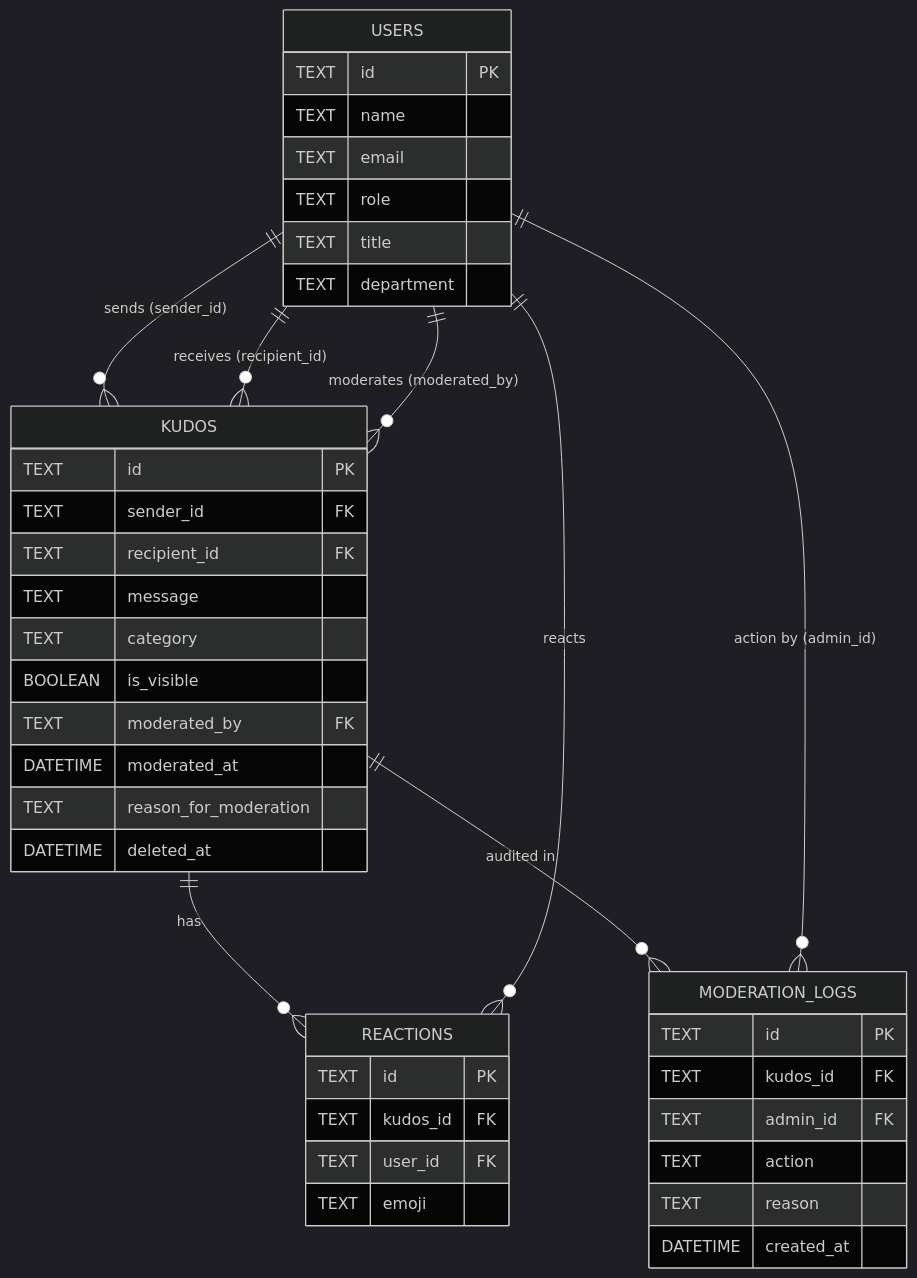
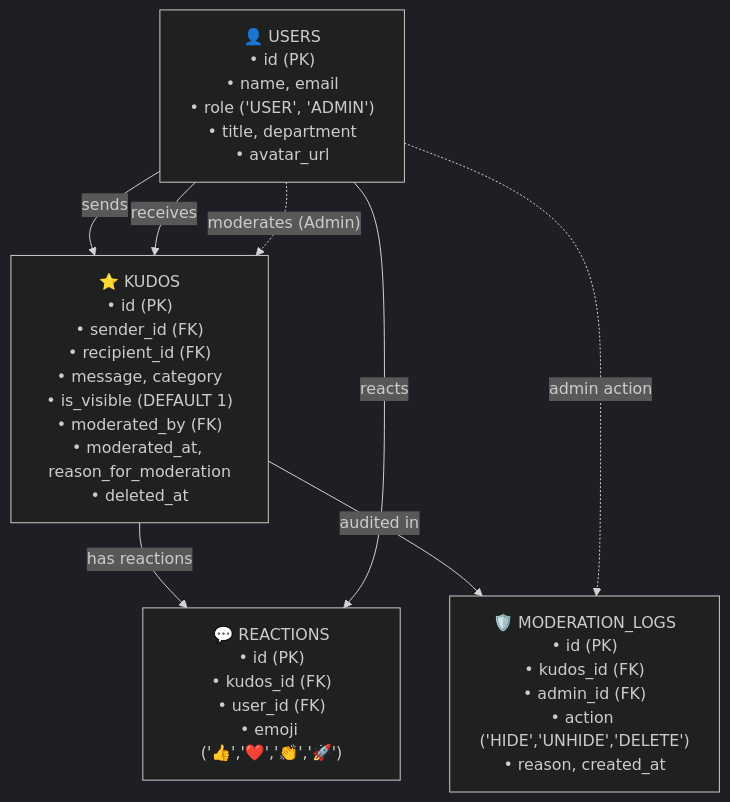
Before and after one commit to ArunKanth07/datacom-kudos-portal: the diagram in README.md, drawn with Mermaid (dark theme). The commit also changed 1 other file, not shown here.

Commit message:
docs: use flowchart TD for schema diagram for 100% GitHub mermaid compatibility

````diff
--- a/README.md
+++ b/README.md
@@ -88,48 +88,15 @@
 ```mermaid
-erDiagram
-    USERS ||--o{ KUDOS : "sends (sender_id)"
-    USERS ||--o{ KUDOS : "receives (recipient_id)"
-    USERS ||--o{ KUDOS : "moderates (moderated_by)"
-    KUDOS ||--o{ REACTIONS : "has"
-    USERS ||--o{ REACTIONS : "reacts"
-    KUDOS ||--o{ MODERATION_LOGS : "audited in"
-    USERS ||--o{ MODERATION_LOGS : "action by (admin_id)"
+flowchart TD
+    USERS["👤 USERS<br/>• id (PK)<br/>• name, email<br/>• role ('USER', 'ADMIN')<br/>• title, department<br/>• avatar_url"]
+    KUDOS["⭐ KUDOS<br/>• id (PK)<br/>• sender_id (FK)<br/>• recipient_id (FK)<br/>• message, category<br/>• is_visible (DEFAULT 1)<br/>• moderated_by (FK)<br/>• moderated_at, reason_for_moderation<br/>• deleted_at"]
+    REACTIONS["💬 REACTIONS<br/>• id (PK)<br/>• kudos_id (FK)<br/>• user_id (FK)<br/>• emoji ('👍','❤️','👏','🚀')"]
+    MOD_LOGS["🛡️ MODERATION_LOGS<br/>• id (PK)<br/>• kudos_id (FK)<br/>• admin_id (FK)<br/>• action ('HIDE','UNHIDE','DELETE')<br/>• reason, created_at"]
 
-    USERS {
-        TEXT id PK
-        TEXT name
-        TEXT email
-        TEXT role
-        TEXT title
-        TEXT department
-    }
-
-    KUDOS {
-        TEXT id PK
-        TEXT sender_id FK
-        TEXT recipient_id FK
-        TEXT message
-        TEXT category
-        BOOLEAN is_visible
-        TEXT moderated_by FK
-        DATETIME moderated_at
-        TEXT reason_for_moderation
-        DATETIME deleted_at
-    }
-
-    REACTIONS {
-        TEXT id PK
-        TEXT kudos_id FK
-        TEXT user_id FK
-        TEXT emoji
-    }
-
-    MODERATION_LOGS {
-        TEXT id PK
-        TEXT kudos_id FK
-        TEXT admin_id FK
-        TEXT action
-        TEXT reason
-        DATETIME created_at
-    }
+    USERS -->|"sends"| KUDOS
+    USERS -->|"receives"| KUDOS
+    USERS -.->|"moderates (Admin)"| KUDOS
+    KUDOS -->|"has reactions"| REACTIONS
+    USERS -->|"reacts"| REACTIONS
+    KUDOS -->|"audited in"| MOD_LOGS
+    USERS -.->|"admin action"| MOD_LOGS
 ```
````
